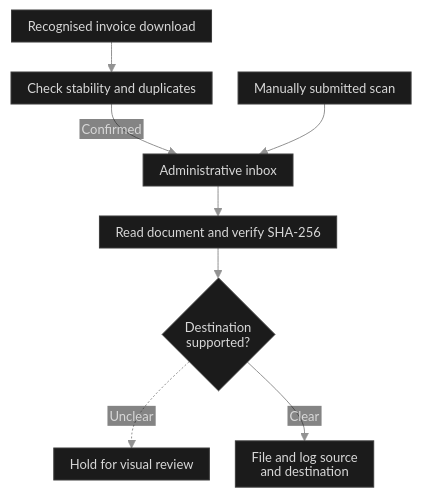
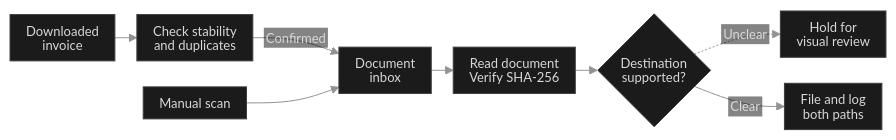
One commit to kazuall/finance-process-portfolio changed the diagram in diagrams/invoice-intake.mmd. Above: the diagram before and after it, drawn with Mermaid. The commit also changed 35 other files, not shown here.

```diff
--- a/diagrams/invoice-intake.mmd
+++ b/diagrams/invoice-intake.mmd
@@ -1,36 +1,36 @@
 ---
 config:
   theme: base
   htmlLabels: false
   themeVariables:
     darkMode: true
     background: '#0a0a0a'
     fontFamily: 'Inter, -apple-system, BlinkMacSystemFont, Segoe UI, sans-serif'
     fontSize: '13px'
     primaryColor: '#1b1b1b'
     primaryTextColor: '#d8d8d8'
     primaryBorderColor: '#3c3c3c'
     lineColor: '#929292'
     edgeLabelBackground: '#0a0a0a'
     textColor: '#d8d8d8'
   flowchart:
     htmlLabels: false
     useMaxWidth: false
     nodeSpacing: 26
-    rankSpacing: 30
+    rankSpacing: 22
     wrappingWidth: 240
     padding: 8
     diagramPadding: 5
     curve: basis
   themeCSS: 'text,tspan{font-family:system-ui,sans-serif!important;font-weight:400!important}.node rect.label-container{rx:3px;ry:3px}.node rect,.node polygon,.flowchart-link{stroke-width:.85px!important}.edgeLabel .labelBkg{fill:#0a0a0a!important;opacity:1!important}.edgeLabel text{fill:#bebebe!important}'
 ---
-flowchart TB
+flowchart LR
   accTitle: Invoice intake
   accDescr: Downloads and manually supplied scans reach document intake. The original is fingerprinted. Documents with a clear type and destination are filed with a trace. Unclear documents stay in the review queue.
-  downloads["Recognised invoice download"] --> verify["Check stability and duplicates"]
-  verify -->|Confirmed| drop["Administrative inbox"]
-  manual["Manually submitted scan"] --> drop
-  drop --> read["Read document and verify SHA-256"]
+  downloads["Downloaded<br/>invoice"] --> verify["Check stability<br/>and duplicates"]
+  verify -->|Confirmed| drop["Document<br/>inbox"]
+  manual["Manual scan"] --> drop
+  drop --> read["Read document<br/>Verify SHA-256"]
   read --> route{"Destination<br/>supported?"}
-  route -.->|Unclear| review["Hold for visual review"]
-  route -->|Clear| file["File and log source<br/>and destination"]
+  route -.->|Unclear| review["Hold for<br/>visual review"]
+  route -->|Clear| file["File and log<br/>both paths"]
```
